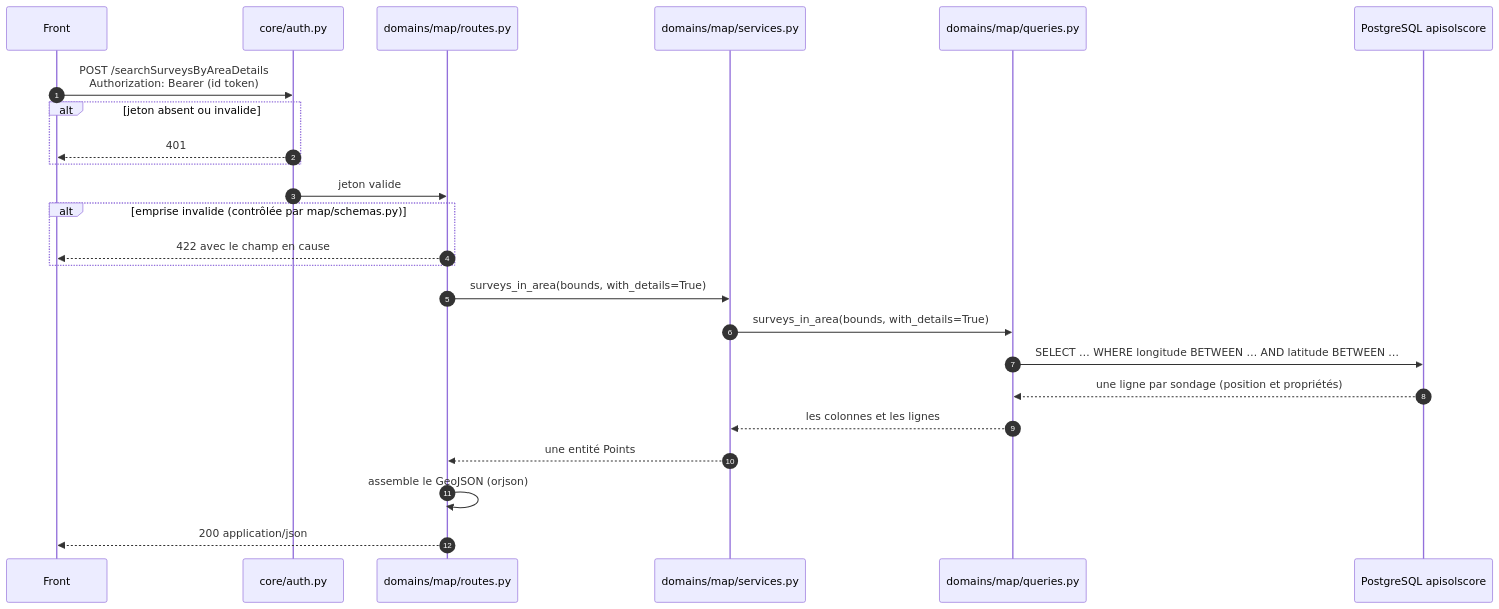
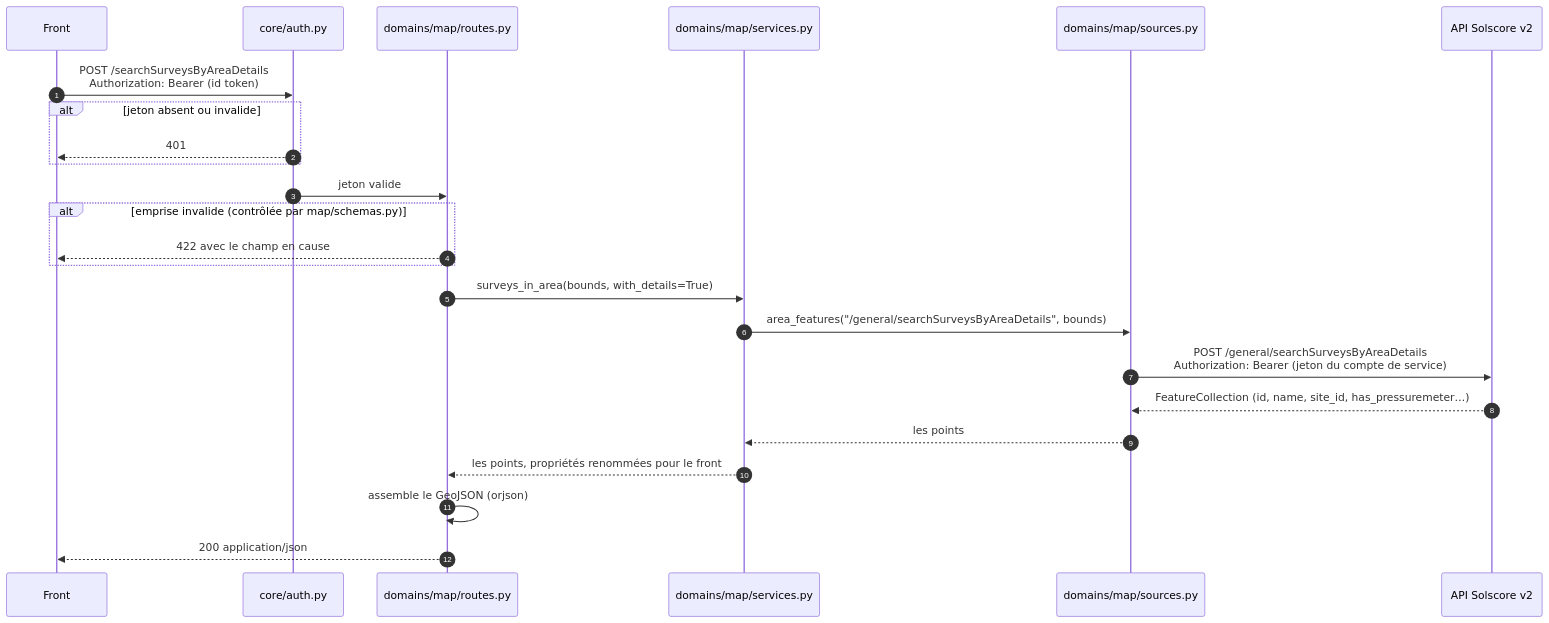
Before and after one commit to eric-fondasol/back-fastapi: the third of 3 diagrams in docs/architecture.md, drawn with Mermaid. The commit also changed other lines of this file and 13 other files, not shown here.

Commit message:
feat(plug solscore api): plug solscore api to replace some endpoints

````diff
--- a/docs/architecture.md
+++ b/docs/architecture.md
@@ -388,27 +396,27 @@
 ```mermaid
 sequenceDiagram
     autonumber
     participant F as Front
     participant A as core/auth.py
     participant R as domains/map/routes.py
     participant S as domains/map/services.py
-    participant Q as domains/map/queries.py
-    participant P as PostgreSQL apisolscore
+    participant Q as domains/map/sources.py
+    participant P as API Solscore v2
 
     F->>A: POST /searchSurveysByAreaDetails<br/>Authorization: Bearer (id token)
     alt jeton absent ou invalide
         A-->>F: 401
     end
     A->>R: jeton valide
     alt emprise invalide (contrôlée par map/schemas.py)
         R-->>F: 422 avec le champ en cause
     end
     R->>S: surveys_in_area(bounds, with_details=True)
-    S->>Q: surveys_in_area(bounds, with_details=True)
-    Q->>P: SELECT … WHERE longitude BETWEEN … AND latitude BETWEEN …
-    P-->>Q: une ligne par sondage (position et propriétés)
-    Q-->>S: les colonnes et les lignes
-    S-->>R: une entité Points
+    S->>Q: area_features("/general/searchSurveysByAreaDetails", bounds)
+    Q->>P: POST /general/searchSurveysByAreaDetails<br/>Authorization: Bearer (jeton du compte de service)
+    P-->>Q: FeatureCollection (id, name, site_id, has_pressuremeter…)
+    Q-->>S: les points
+    S-->>R: les points, propriétés renommées pour le front
     R->>R: assemble le GeoJSON (orjson)
     R-->>F: 200 application/json
 ```
````
